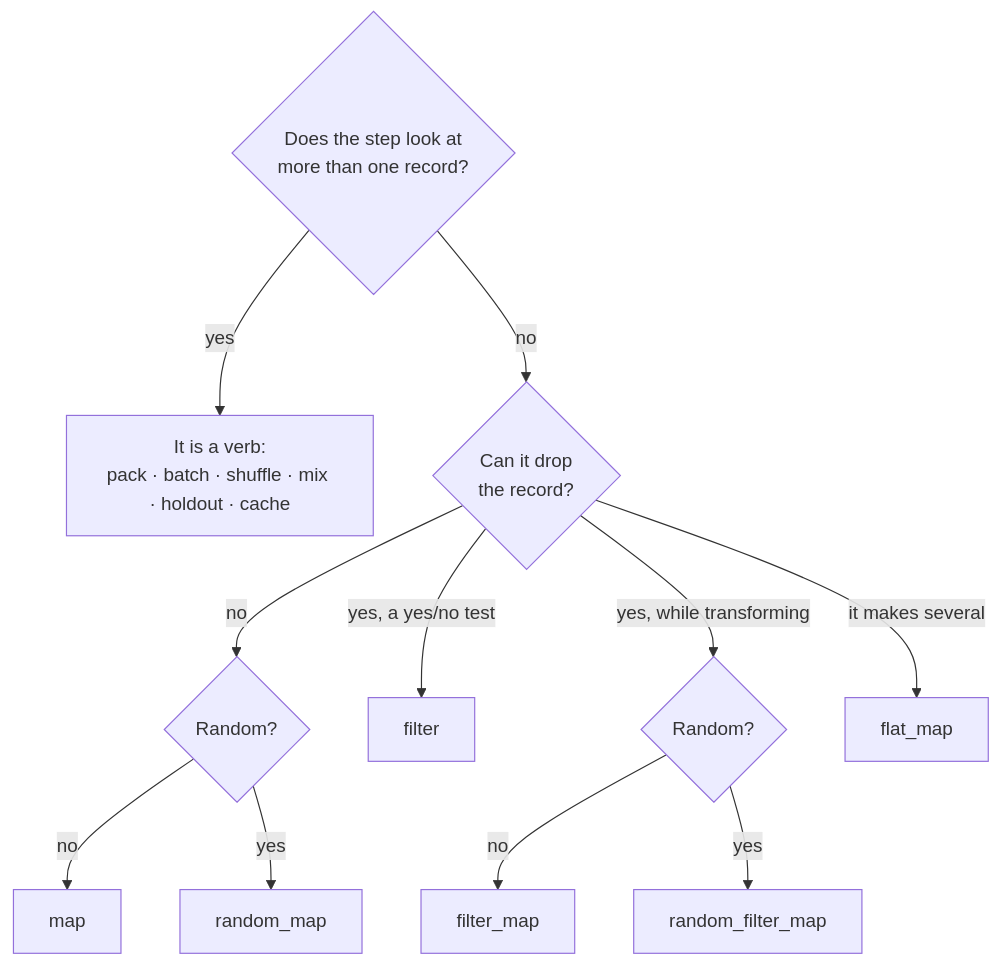
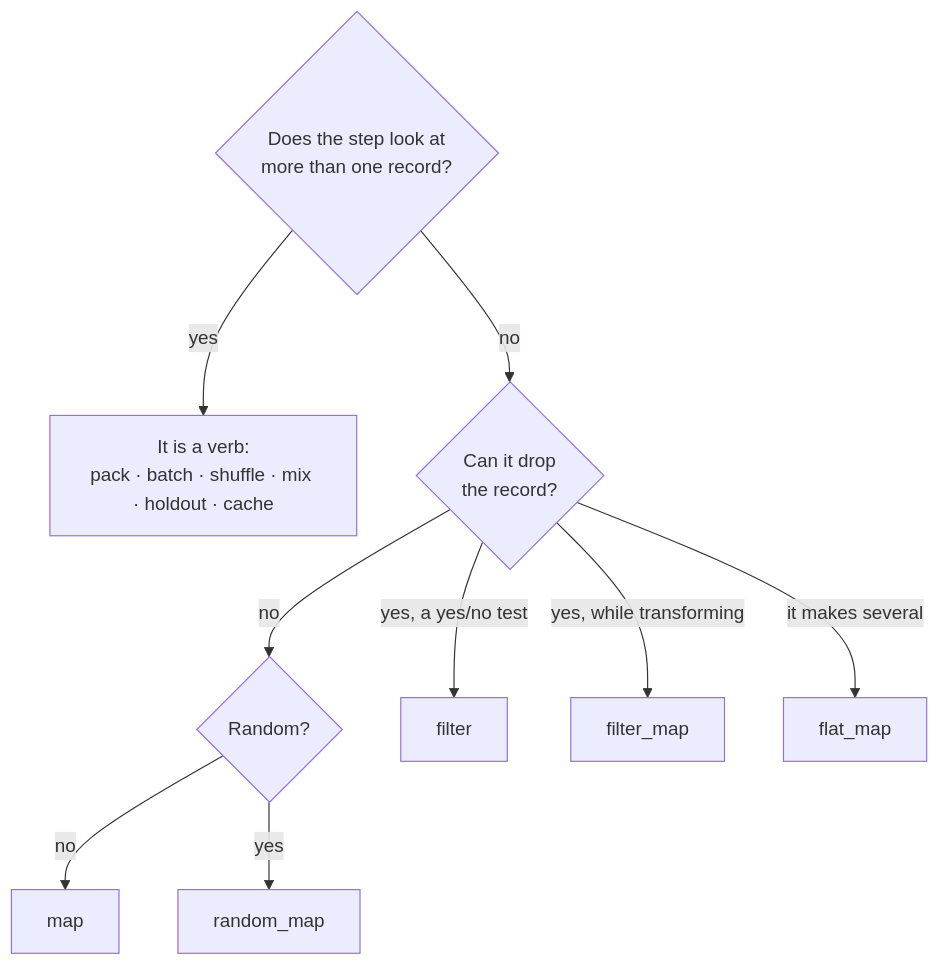
One commit to AshishKumar4/dew changed the second of 6 diagrams in docs/design/data.md. Above: the diagram before and after it, drawn with Mermaid. The commit also changed other lines of this file, not shown here.

````diff
--- a/docs/design/data.md
+++ b/docs/design/data.md
@@ -51,14 +50,12 @@
 ```mermaid
 flowchart TD
   F{"Does the step look at<br/>more than one record?"}
   F -- yes --> V["It is a verb:<br/>pack · batch · shuffle · mix · holdout · cache"]
   F -- no --> D{"Can it drop<br/>the record?"}
   D -- no --> Rn{"Random?"}
   Rn -- no --> M["map"]
   Rn -- yes --> RM["random_map"]
   D -- "yes, a yes/no test" --> FI["filter"]
-  D -- "yes, while transforming" --> Rt{"Random?"}
-  Rt -- no --> FM["filter_map"]
-  Rt -- yes --> RFM["random_filter_map"]
+  D -- "yes, while transforming" --> FM["filter_map"]
   D -- "it makes several" --> FLM["flat_map"]
 ```
````
